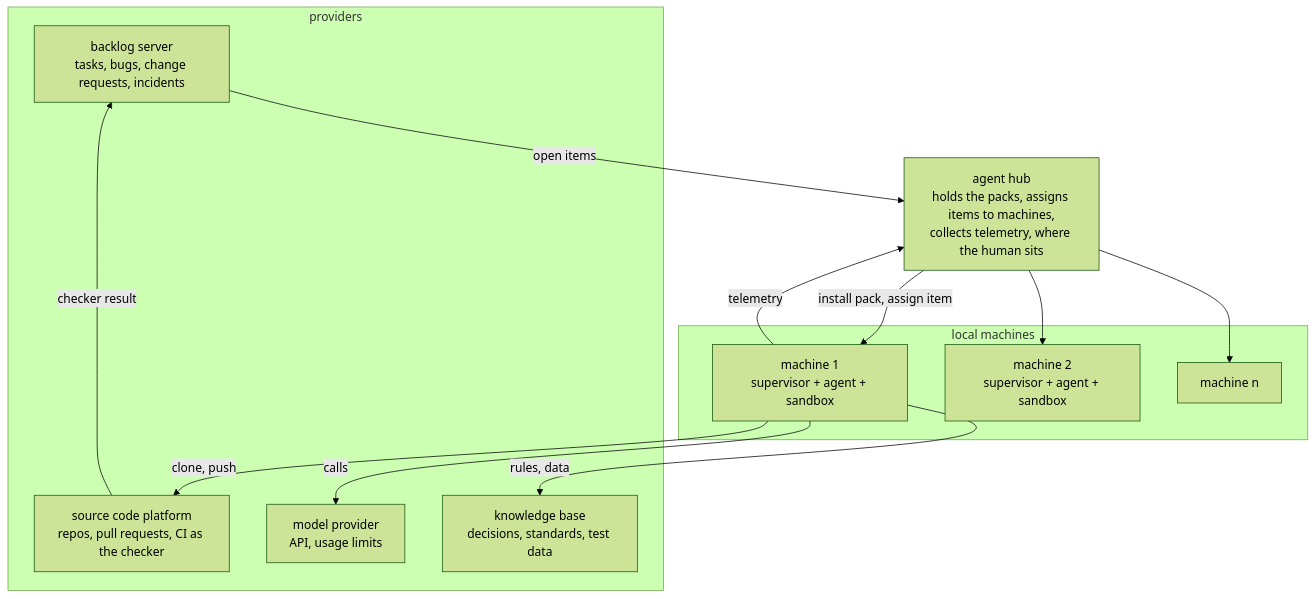
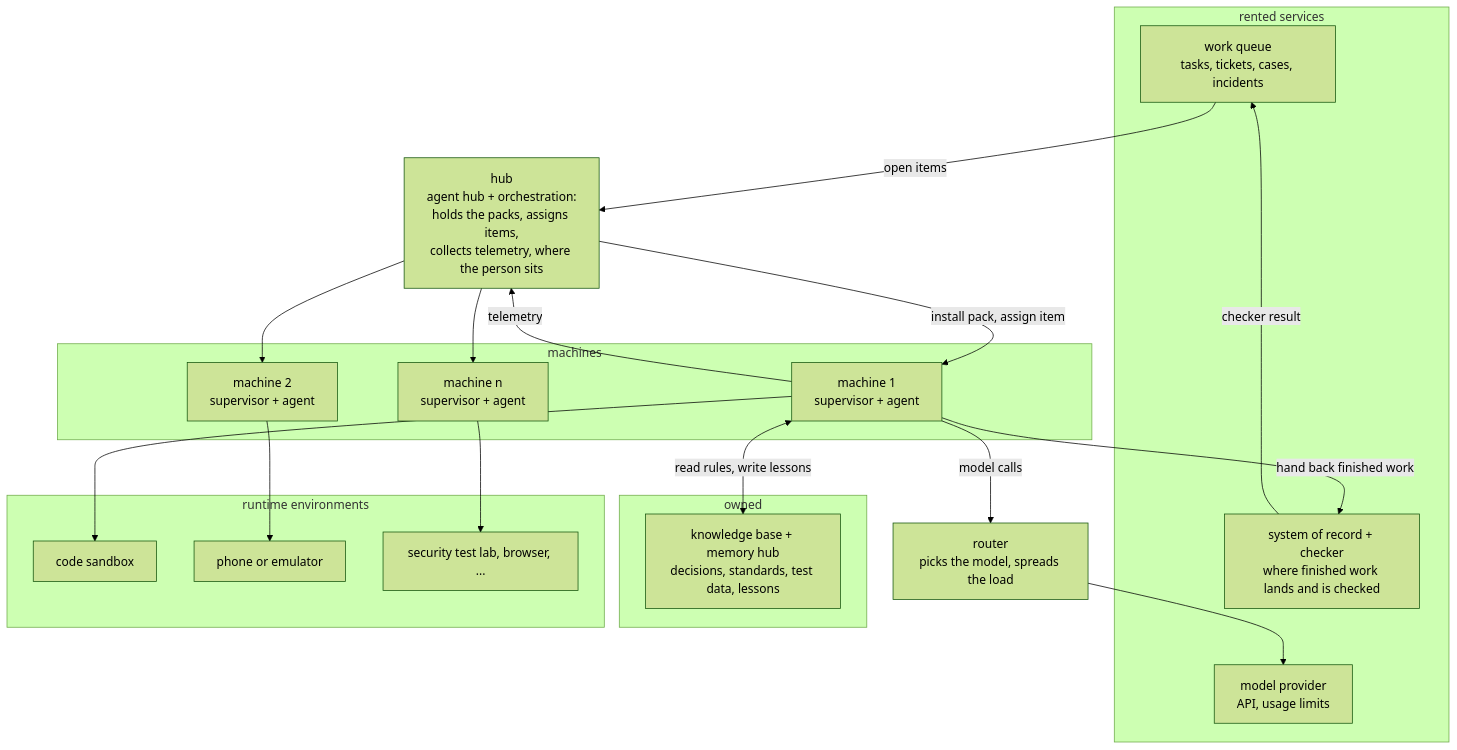
One commit to locchh/blogs changed the diagram in src/content/blog/morden_ai_agent_system.md. Above: the diagram before and after it, drawn with Mermaid (forest theme). The commit also changed other lines of this file, not shown here.

First line of the commit message:
docs(blog): finish and publish the modern agent system post

````diff
--- a/src/content/blog/morden_ai_agent_system.md
+++ b/src/content/blog/morden_ai_agent_system.md
@@ -57,24 +31,36 @@
 ```mermaid
 flowchart TB
-  subgraph PROV["providers"]
-    BL["backlog server<br/>tasks, bugs, change requests, incidents"]
-    SCM["source code platform<br/>repos, pull requests, CI as the checker"]
+  subgraph PROV["rented services"]
+    BL["work queue<br/>tasks, tickets, cases, incidents"]
+    SOR["system of record + checker<br/>where finished work lands and is checked"]
     LLM["model provider<br/>API, usage limits"]
-    KB["knowledge base<br/>decisions, standards, test data"]
   end
-  HUB["agent hub<br/>holds the packs, assigns items to machines,<br/>collects telemetry, where the human sits"]
-  subgraph FLEET["local machines"]
-    M1["machine 1<br/>supervisor + agent + sandbox"]
-    M2["machine 2<br/>supervisor + agent + sandbox"]
-    MN["machine n"]
+  subgraph OWN["owned"]
+    KB["knowledge base + memory hub<br/>decisions, standards, test data, lessons"]
   end
+  HUB["hub<br/>agent hub + orchestration:<br/>holds the packs, assigns items,<br/>collects telemetry, where the person sits"]
+  subgraph FLEET["machines"]
+    M1["machine 1<br/>supervisor + agent"]
+    M2["machine 2<br/>supervisor + agent"]
+    MN["machine n<br/>supervisor + agent"]
+  end
+  subgraph ENV["runtime environments"]
+    E1["code sandbox"]
+    E2["phone or emulator"]
+    EN["security test lab, browser, ..."]
+  end
+  RT["router<br/>picks the model, spreads the load"]
   BL -->|"open items"| HUB
   HUB -->|"install pack, assign item"| M1
   HUB --> M2
   HUB --> MN
+  M1 --> E1
+  M2 --> E2
+  MN --> EN
   M1 -->|"telemetry"| HUB
-  M1 -->|"clone, push"| SCM
-  M1 -->|"calls"| LLM
-  M1 -->|"rules, data"| KB
-  SCM -->|"checker result"| BL
+  M1 -->|"hand back finished work"| SOR
+  M1 -->|"model calls"| RT
+  RT --> LLM
+  M1 <-->|"read rules, write lessons"| KB
+  SOR -->|"checker result"| BL
 ```
````
